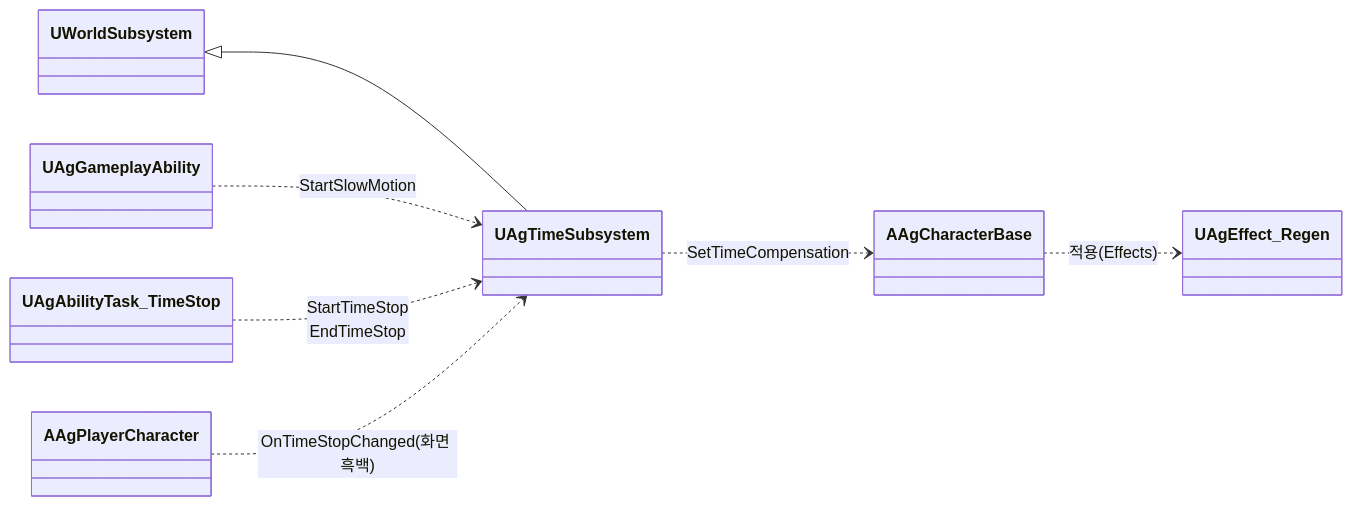
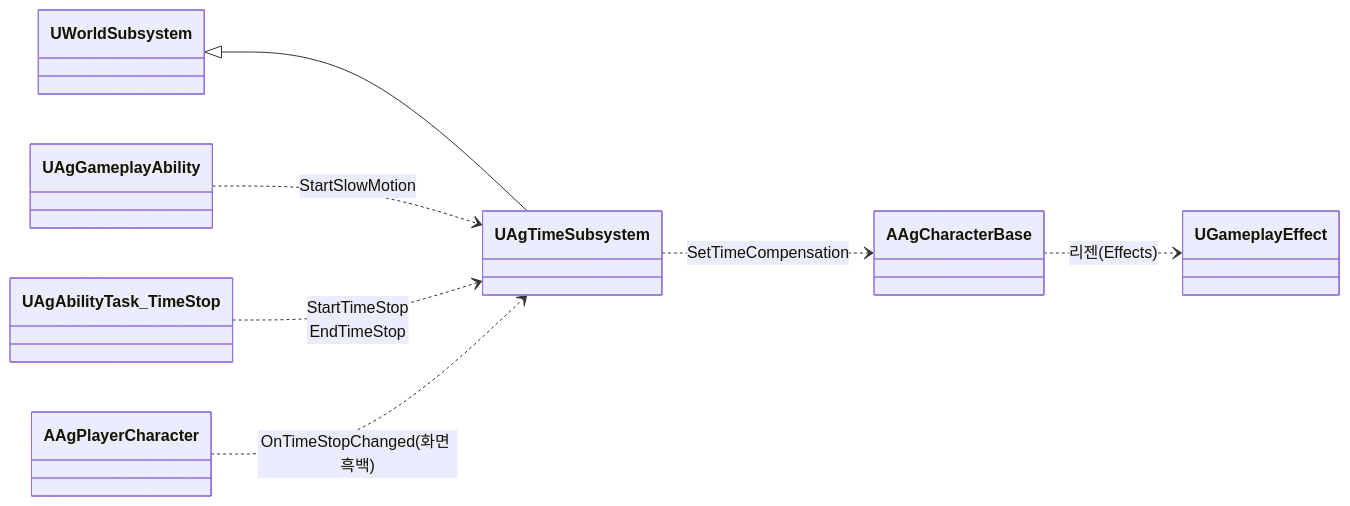
Before and after one commit to Woogl/Ag: the first of 2 diagrams in Docs/Program/전투 규칙.md, drawn with Mermaid. The commit also changed other lines of this file and 93 other files, not shown here.

````diff
--- a/Docs/Program/전투 규칙.md
+++ b/Docs/Program/전투 규칙.md
@@ -32,11 +32,11 @@
 ```mermaid
 classDiagram
     direction LR
     UWorldSubsystem <|-- UAgTimeSubsystem
 
-    AAgCharacterBase ..> UAgEffect_Regen : 적용(Effects)
+    AAgCharacterBase ..> UGameplayEffect : 리젠(Effects)
     UAgGameplayAbility ..> UAgTimeSubsystem : StartSlowMotion
     UAgAbilityTask_TimeStop ..> UAgTimeSubsystem : StartTimeStop<br>EndTimeStop
     UAgTimeSubsystem ..> AAgCharacterBase : SetTimeCompensation
     AAgPlayerCharacter ..> UAgTimeSubsystem : OnTimeStopChanged(화면 흑백)
 ```
````
